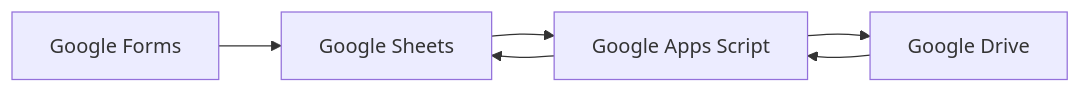
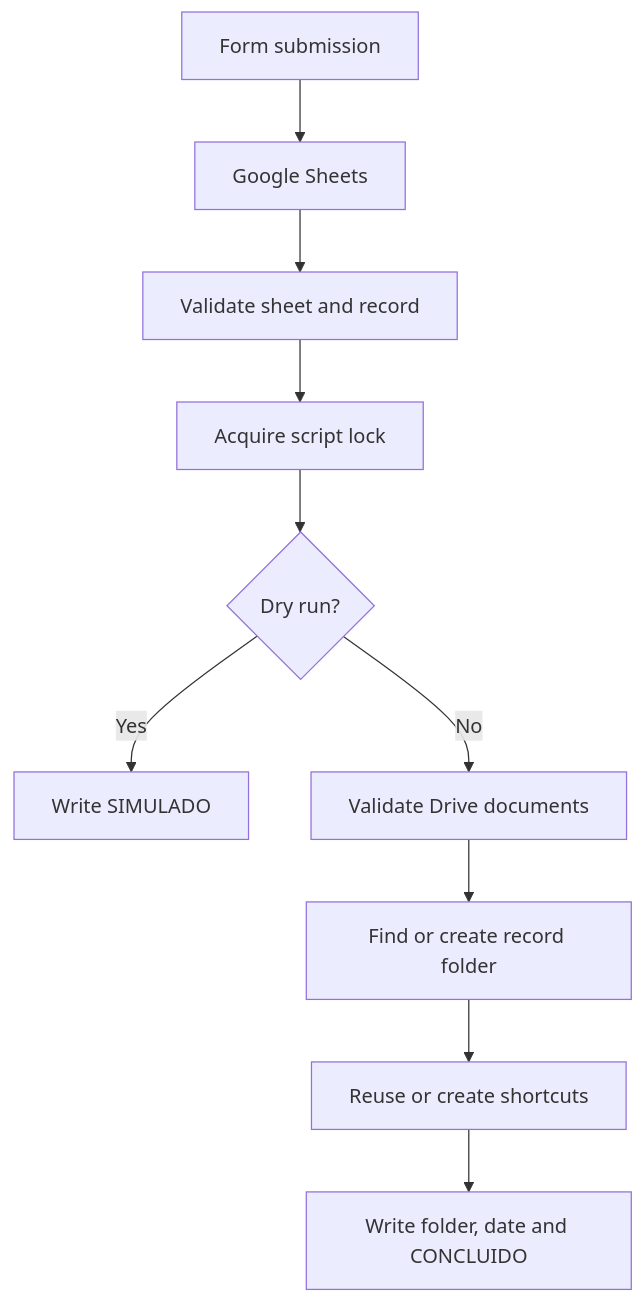
Before and after one commit to leviroiz/rh-admission-automation-demo: the diagram in README.md, drawn with Mermaid. The commit also changed other lines of this file, not shown here.

````diff
--- a/README.md
+++ b/README.md
@@ -76,8 +115,12 @@
 ```mermaid
-flowchart LR
-    F["Google Forms"] --> S["Google Sheets"]
-    S --> A["Google Apps Script"]
-    A --> D["Google Drive"]
-    D --> A
-    A --> S
+flowchart TD
+    F["Form submission"] --> S["Google Sheets"]
+    S --> V["Validate sheet and record"]
+    V --> L["Acquire script lock"]
+    L --> D{"Dry run?"}
+    D -- Yes --> X["Write SIMULADO"]
+    D -- No --> C["Validate Drive documents"]
+    C --> P["Find or create record folder"]
+    P --> A["Reuse or create shortcuts"]
+    A --> R["Write folder, date and CONCLUIDO"]
 ```
````
